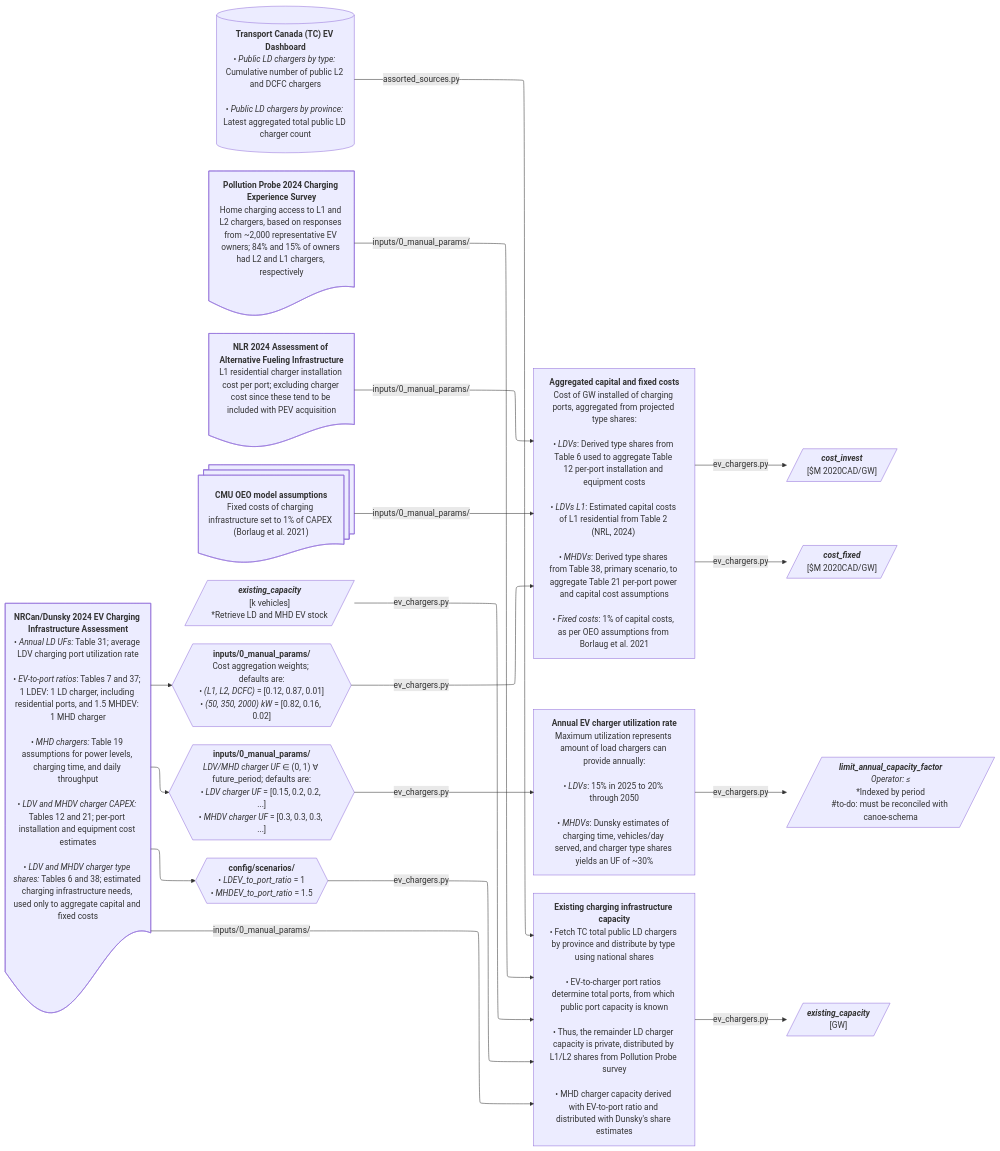
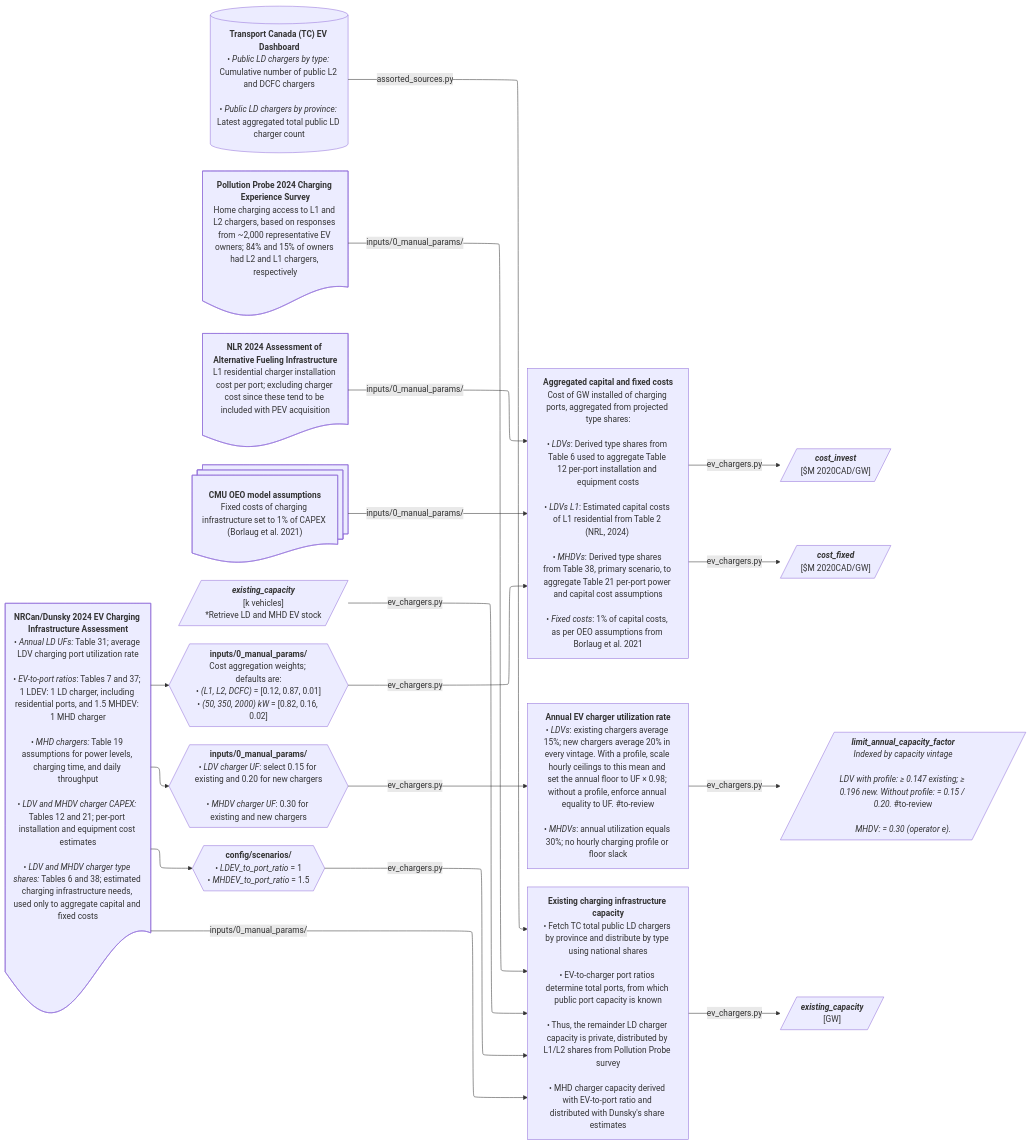
One commit to CANOE-main/canoe-transportation changed the tenth of 12 diagrams in docs/etl_flowcharts.md. Above: the diagram before and after it, drawn with Mermaid. The commit also changed other lines of this file and 26 other files, not shown here.

First line of the commit message:
Refactor road utilization and capacity factor records

```diff
--- a/docs/etl_flowcharts.md
+++ b/docs/etl_flowcharts.md
@@ -918,18 +920,16 @@
     [$M 2020CAD/GW]`"/]
 
   p1["`**Annual EV charger utilization rate**
-    Maximum utilization represents amount of load chargers can provide annually:<br>
-    • *LDVs*: 15% in 2025 to 20% through 2050<br>
-    • *MHDVs*: Dunsky estimates of charging time, vehicles/day served, and charger type shares yields an UF of ~30%`"]
+    • *LDVs*: existing chargers average 15%; new chargers average 20% in every vintage. With a profile, scale hourly ceilings to this mean and set the annual floor to UF × 0.98; without a profile, enforce annual equality to UF. #to-review<br>
+    • *MHDVs*: annual utilization equals 30%; no hourly charging profile or floor slack`"]
   p1_2@{shape: hex, label: "**inputs/0_manual_params/**
-    *LDV/MHD charger UF* ∈ (0, 1) ∀ future_period; defaults are:
-    • *LDV charger UF* = [0.15, 0.2, 0.2, ...]
-    • *MHDV charger UF* = [0.3, 0.3, 0.3, ...]"}
+    • *LDV charger UF*: select 0.15 for existing and 0.20 for new chargers<br>
+    • *MHDV charger UF*: 0.30 for existing and new chargers"}
   s1 --> p1_2 -- ev_chargers.py --> p1
   p1 -- ev_chargers.py --> o1[/"`***limit_annual_capacity_factor***
-    *Operator: ≤*
-    *Indexed by period
-    #to-do: must be reconciled with canoe-schema`"/]
+    *Indexed by capacity vintage*<br>
+    *LDV with profile: ≥ 0.147 existing; ≥ 0.196 new. Without profile: = 0.15 / 0.20.* #to-review<br>
+    *MHDV: = 0.30 (operator e).*`"/]
 
   p2["`**Existing charging infrastructure capacity**
     • Fetch TC total public LD chargers by province and distribute by type using national shares<br>
```
